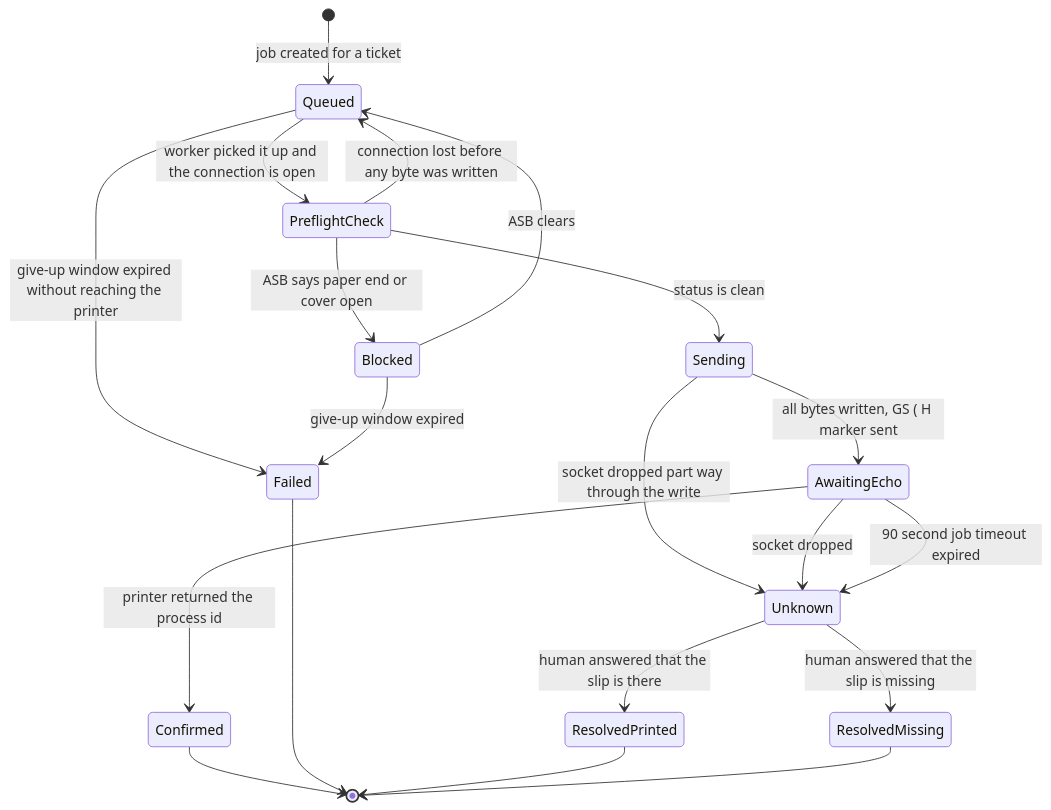
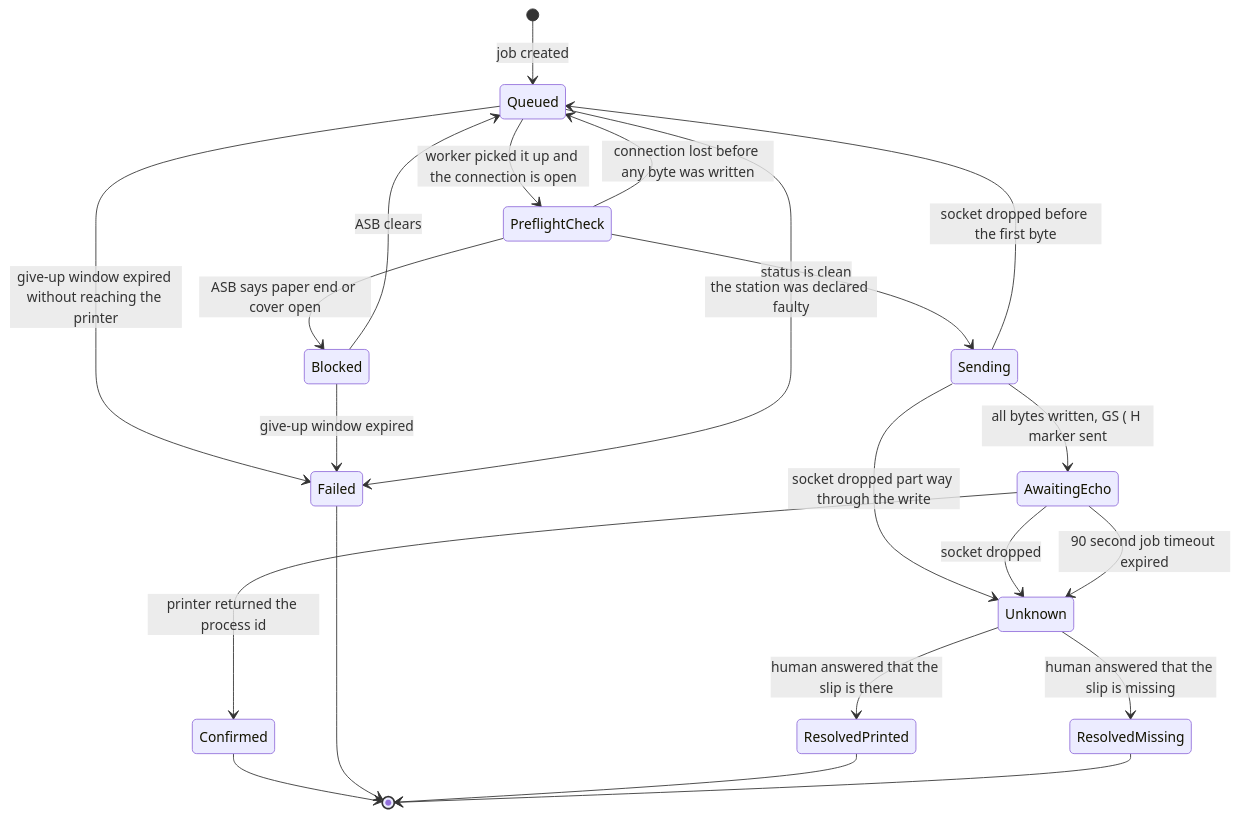
One commit to jaak0b/Gastronomy changed the third of 3 diagrams in docs/spec.md. Above: the diagram before and after it, drawn with Mermaid. The commit also changed other lines of this file and 3 other files, not shown here.

````diff
--- a/docs/spec.md
+++ b/docs/spec.md
@@ -717,22 +794,24 @@
 ```mermaid
 stateDiagram-v2
-    [*] --> Queued : job created for a ticket
+    [*] --> Queued : job created
     Queued --> PreflightCheck : worker picked it up and the connection is open
     PreflightCheck --> Blocked : ASB says paper end or cover open
     Blocked --> Queued : ASB clears
     PreflightCheck --> Queued : connection lost before any byte was written
     PreflightCheck --> Sending : status is clean
     Sending --> AwaitingEcho : all bytes written, GS ( H marker sent
+    Sending --> Queued : socket dropped before the first byte
     Sending --> Unknown : socket dropped part way through the write
     AwaitingEcho --> Confirmed : printer returned the process id
     AwaitingEcho --> Unknown : socket dropped
     AwaitingEcho --> Unknown : 90 second job timeout expired
     Queued --> Failed : give-up window expired without reaching the printer
     Blocked --> Failed : give-up window expired
+    Queued --> Failed : the station was declared faulty
     Unknown --> ResolvedPrinted : human answered that the slip is there
     Unknown --> ResolvedMissing : human answered that the slip is missing
     Confirmed --> [*]
     Failed --> [*]
     ResolvedPrinted --> [*]
     ResolvedMissing --> [*]
 ```
````
